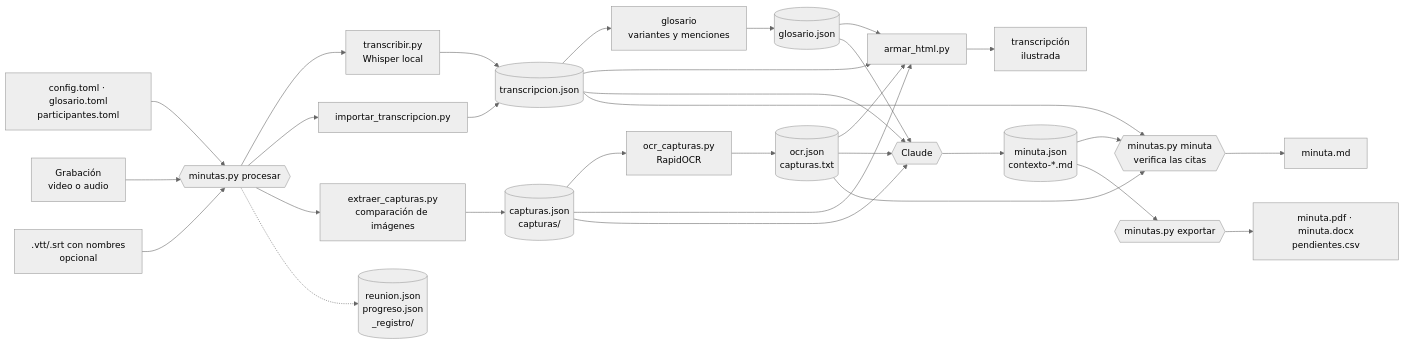
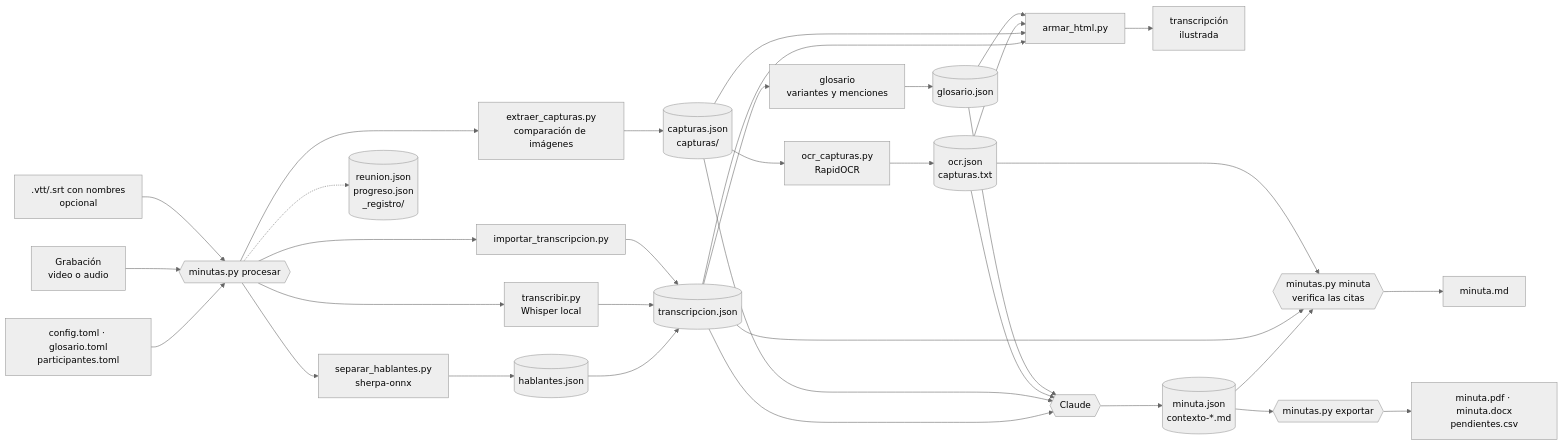
Before and after one commit to Juliocbm/minutas-video: the diagram in docs/arquitectura.md, drawn with Mermaid (neutral theme). The commit also changed other lines of this file and 19 other files, not shown here.

````diff
--- a/docs/arquitectura.md
+++ b/docs/arquitectura.md
@@ -13,33 +13,36 @@
 ```mermaid
 flowchart LR
     CFG[config.toml · glosario.toml<br/>participantes.toml] --> O
     G[Grabación<br/>video o audio] --> O{{minutas.py procesar}}
     V[.vtt/.srt con nombres<br/>opcional] --> O
     O --> W[transcribir.py<br/>Whisper local]
     O --> I[importar_transcripcion.py]
     O --> C[extraer_capturas.py<br/>comparación de imágenes]
+    O --> S[separar_hablantes.py<br/>sherpa-onnx]
+    S --> HJ[(hablantes.json)]
+    HJ --> T
     W --> T[(transcripcion.json)]
     I --> T
     C --> K[(capturas.json<br/>capturas/)]
     K --> OC[ocr_capturas.py<br/>RapidOCR]
     OC --> OJ[(ocr.json<br/>capturas.txt)]
     T --> GL[glosario<br/>variantes y menciones]
     GL --> GJ[(glosario.json)]
     T --> H[armar_html.py]
     K --> H
     OJ --> H
     GJ --> H
     H --> HTML[transcripción<br/>ilustrada]
     O -.-> R[(reunion.json<br/>progreso.json<br/>_registro/)]
     T --> CL{{Claude}}
     K --> CL
     OJ --> CL
     GJ --> CL
     CL --> MJ[(minuta.json<br/>contexto-*.md)]
     MJ --> MV{{minutas.py minuta<br/>verifica las citas}}
     T --> MV
     OJ --> MV
     MV --> M[minuta.md]
     MJ --> EX{{minutas.py exportar}}
     EX --> D[minuta.pdf · minuta.docx<br/>pendientes.csv]
 ```
````
